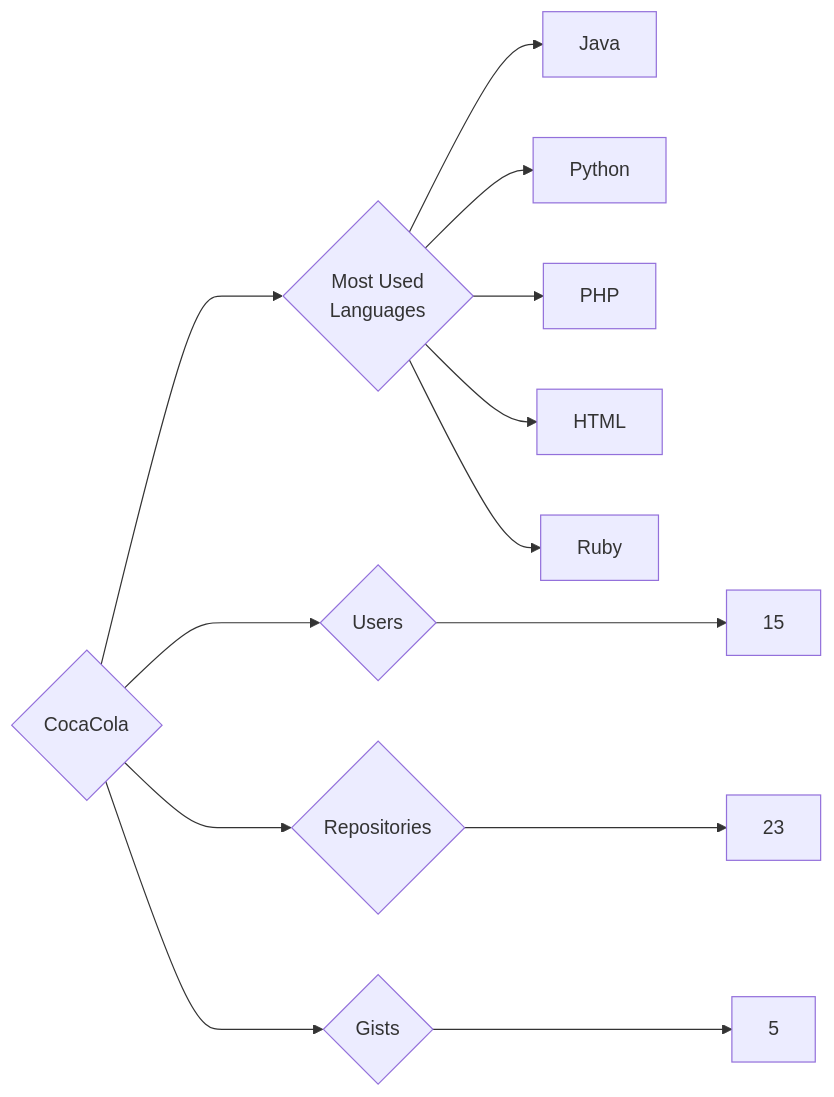
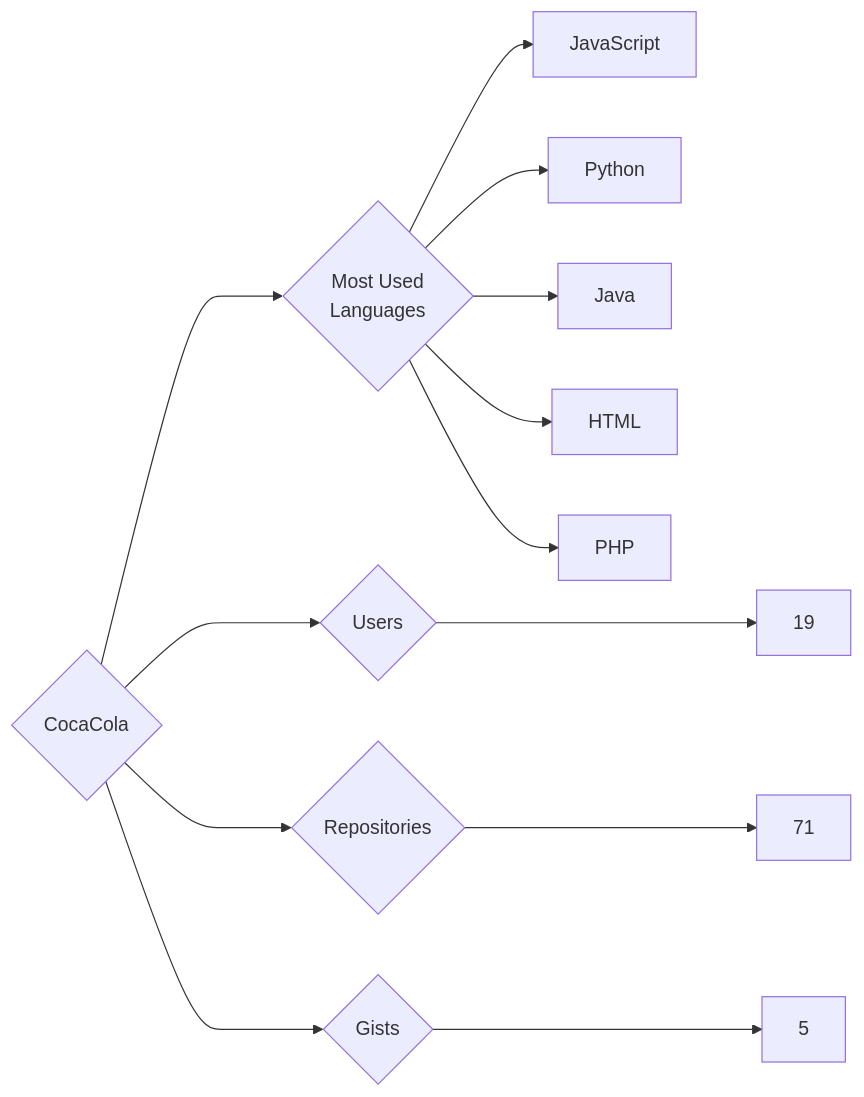
One commit to trickest/insiders changed the diagram in targets/CocaCola/README.md. Above: the diagram before and after it, drawn with Mermaid. The commit also changed 900 other files, not shown here.

````diff
--- a/targets/CocaCola/README.md
+++ b/targets/CocaCola/README.md
@@ -3,13 +3,13 @@
 ```mermaid
 graph LR
 COMPANY_NAME{CocaCola}
-COMPANY_NAME ---> U{Users} ---> UN[15]
-COMPANY_NAME ---> R{Repositories} ---> RN[23]
+COMPANY_NAME ---> U{Users} ---> UN[19]
+COMPANY_NAME ---> R{Repositories} ---> RN[71]
 COMPANY_NAME ---> G{Gists} ---> GN[5]
 COMPANY_NAME ---> ML{Most Used<br>Languages}
+ML --> JavaScript[JavaScript]
+ML --> Python[Python]
 ML --> Java[Java]
-ML --> Python[Python]
+ML --> HTML[HTML]
 ML --> PHP[PHP]
-ML --> HTML[HTML]
-ML --> Ruby[Ruby]
 ```
````
